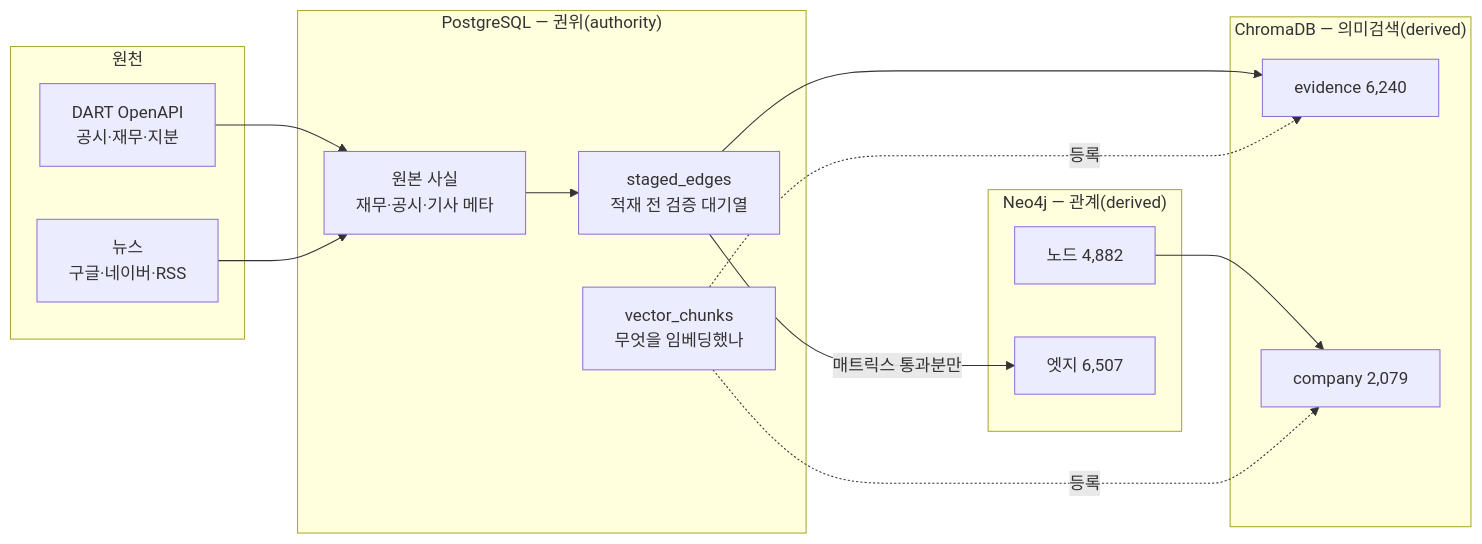
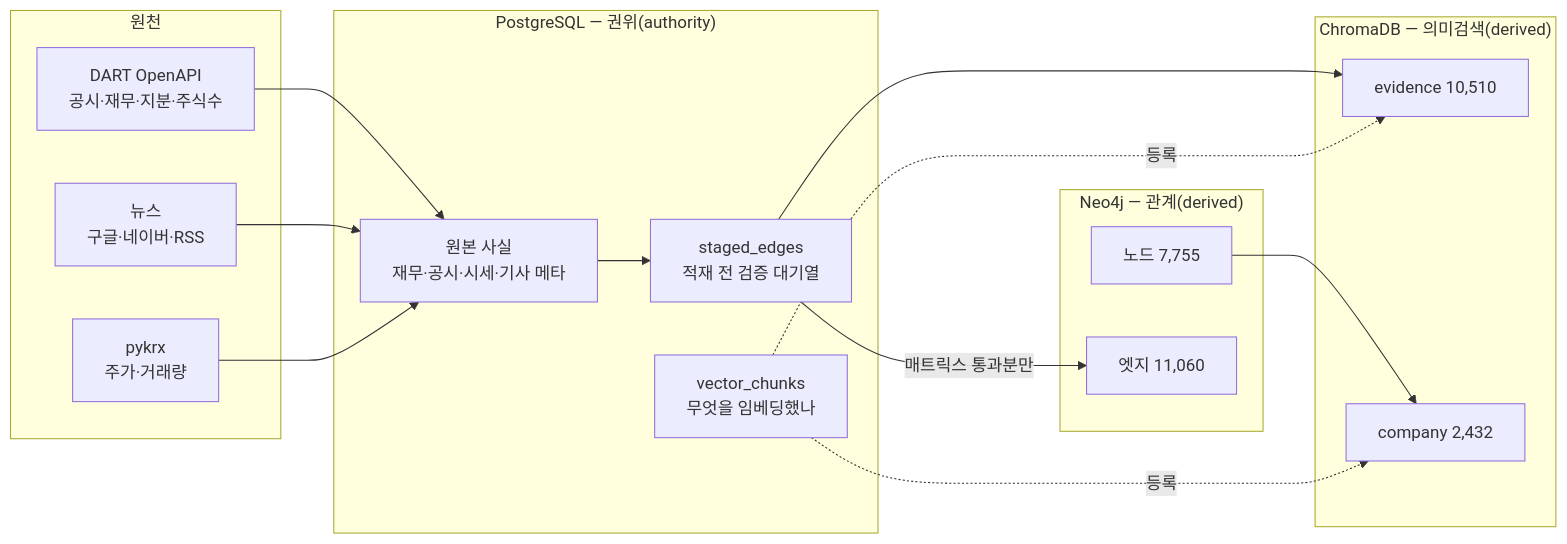
The first of 3 diagrams in BizNode_데이터베이스_ERD.md (Biz-Node/BizNode-AI-Data), drawn with Mermaid before and after one commit. The commit also changed other lines of this file and 5 other files, not shown here.

````diff
--- a/BizNode_데이터베이스_ERD.md
+++ b/BizNode_데이터베이스_ERD.md
@@ -12,28 +13,30 @@
 ```mermaid
 flowchart LR
   subgraph SRC["원천"]
-    D["DART OpenAPI<br/>공시·재무·지분"]
+    D["DART OpenAPI<br/>공시·재무·지분·주식수"]
     N["뉴스<br/>구글·네이버·RSS"]
+    K["pykrx<br/>주가·거래량"]
   end
   subgraph PG["PostgreSQL — 권위(authority)"]
-    A1["원본 사실<br/>재무·공시·기사 메타"]
+    A1["원본 사실<br/>재무·공시·시세·기사 메타"]
     A2["staged_edges<br/>적재 전 검증 대기열"]
     A3["vector_chunks<br/>무엇을 임베딩했나"]
   end
   subgraph NEO["Neo4j — 관계(derived)"]
-    G1["노드 4,882"]
-    G2["엣지 6,507"]
+    G1["노드 7,755"]
+    G2["엣지 11,060"]
   end
   subgraph CH["ChromaDB — 의미검색(derived)"]
-    C1["evidence 6,240"]
-    C2["company 2,079"]
+    C1["evidence 10,510"]
+    C2["company 2,432"]
   end
   D --> A1
   N --> A1
+  K --> A1
   A1 --> A2
   A2 -->|"매트릭스 통과분만"| G2
   A2 --> C1
   G1 --> C2
   A3 -. 등록 .-> C1
   A3 -. 등록 .-> C2
 ```
````
